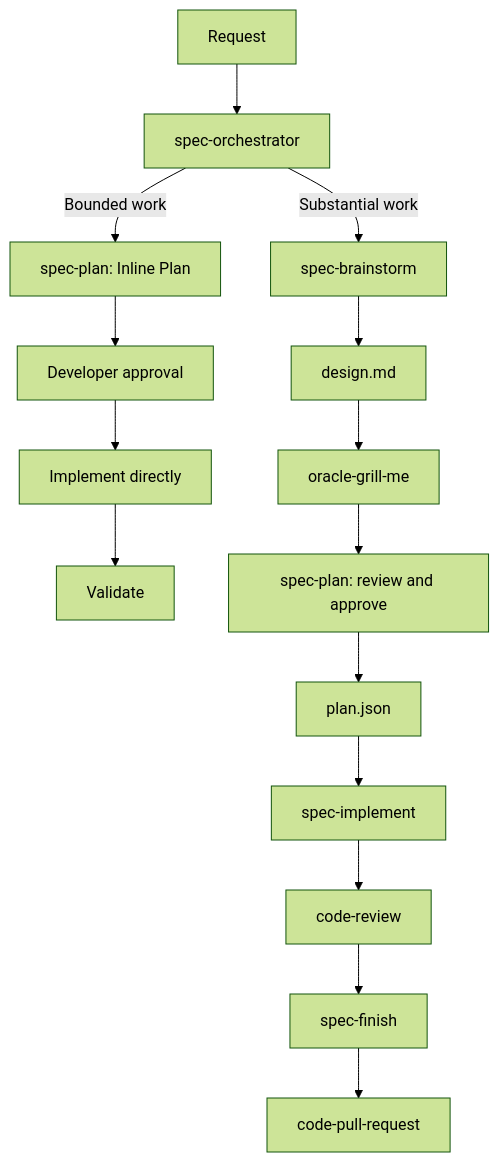
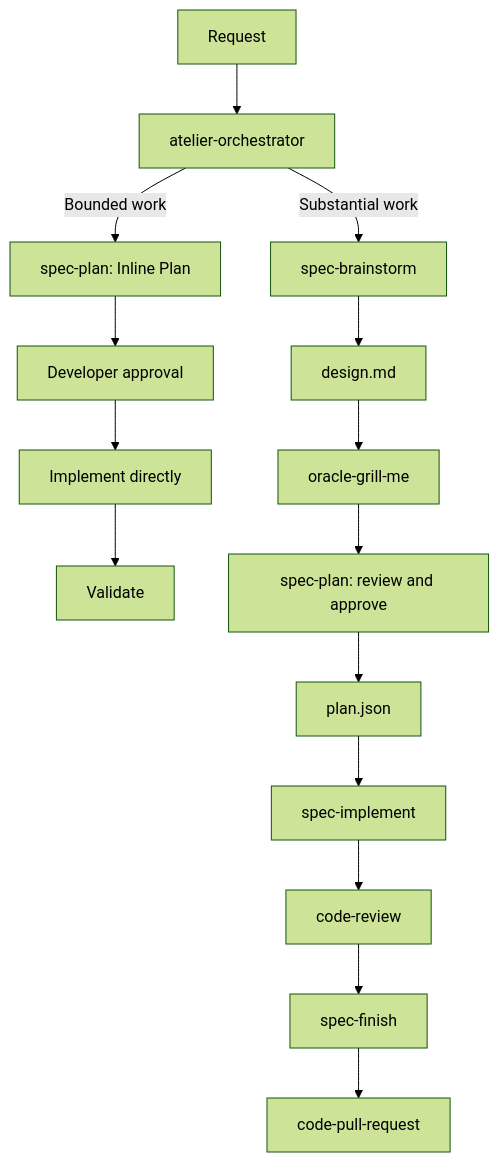
The diagram in README.md (martinffx/atelier), drawn with Mermaid (forest theme) before and after one commit. The commit also changed other lines of this file and 5 other files, not shown here.

````diff
--- a/README.md
+++ b/README.md
@@ -18,17 +18,17 @@
 ```mermaid
 flowchart TD
-    R[Request] --> O[spec-orchestrator]
+    R[Request] --> O[atelier-orchestrator]
     O -->|Bounded work| IP[spec-plan: Inline Plan]
     IP --> A[Developer approval]
     A --> I[Implement directly]
     I --> V[Validate]
     O -->|Substantial work| B[spec-brainstorm]
     B --> D[design.md]
     D --> G[oracle-grill-me]
     G --> P[spec-plan: review and approve]
     P --> J[plan.json]
     J --> SI[spec-implement]
     SI --> CR[code-review]
     CR --> F[spec-finish]
     F --> PR[code-pull-request]
 ```
````
